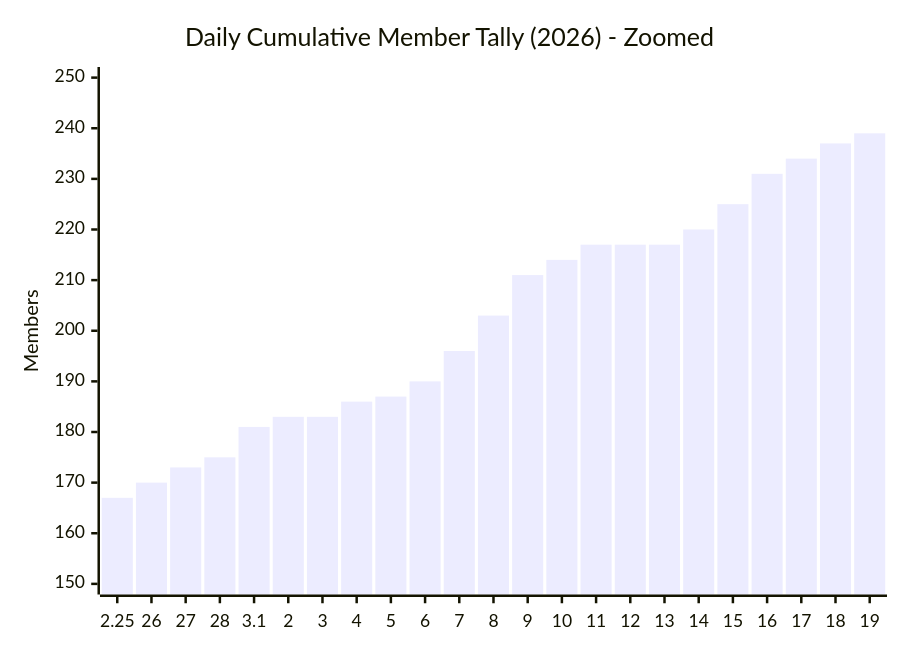
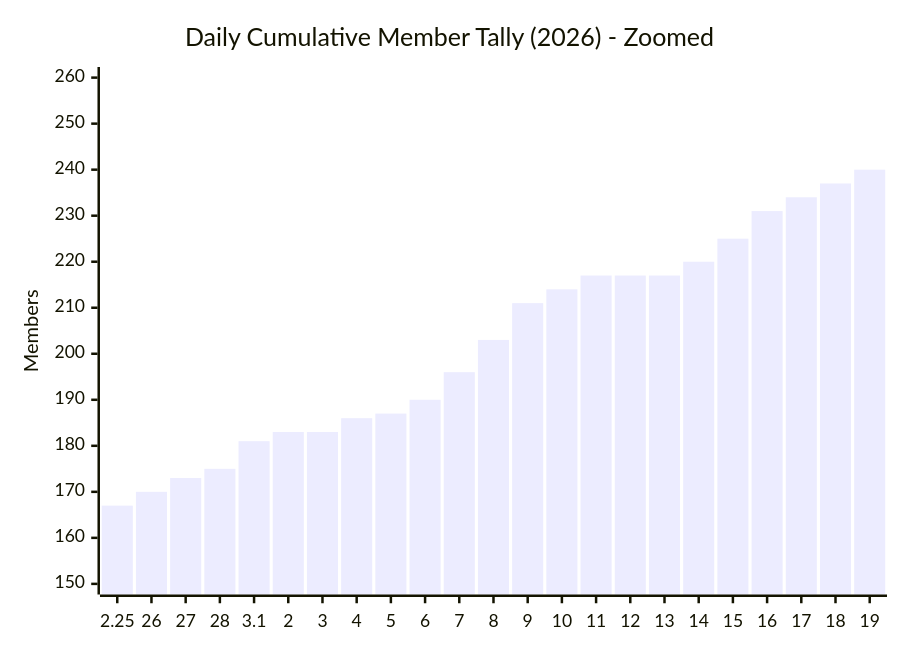
Before and after one commit to MattSherwood/March-web: the second of 3 diagrams in exports/charts/daily-cumulative-member-tally-2026.md, drawn with Mermaid. The commit also changed other lines of this file and 4 other files, not shown here.

````diff
--- a/exports/charts/daily-cumulative-member-tally-2026.md
+++ b/exports/charts/daily-cumulative-member-tally-2026.md
@@ -15,7 +15,7 @@
 ```mermaid
 xychart-beta
     title "Daily Cumulative Member Tally (2026) - Zoomed"
     x-axis ["2.25", "26", "27", "28", "3.1", "2", "3", "4", "5", "6", "7", "8", "9", "10", "11", "12", "13", "14", "15", "16", "17", "18", "19"]
-    y-axis "Members" 150 --> 250
-    bar [167, 170, 173, 175, 181, 183, 183, 186, 187, 190, 196, 203, 211, 214, 217, 217, 217, 220, 225, 231, 234, 237, 239]
+    y-axis "Members" 150 --> 260
+    bar [167, 170, 173, 175, 181, 183, 183, 186, 187, 190, 196, 203, 211, 214, 217, 217, 217, 220, 225, 231, 234, 237, 240]
 ```
````
